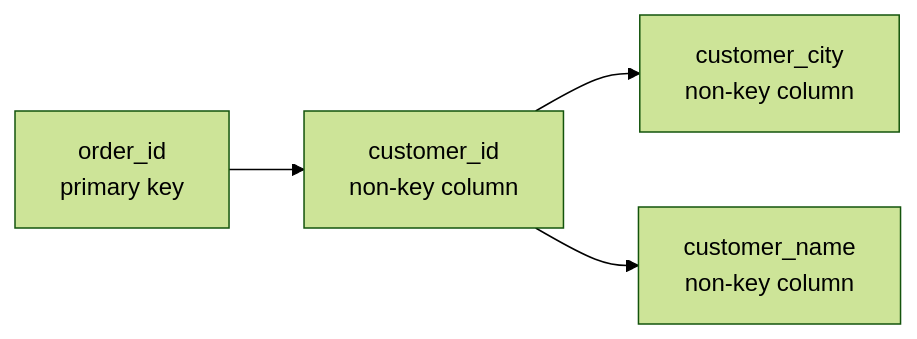
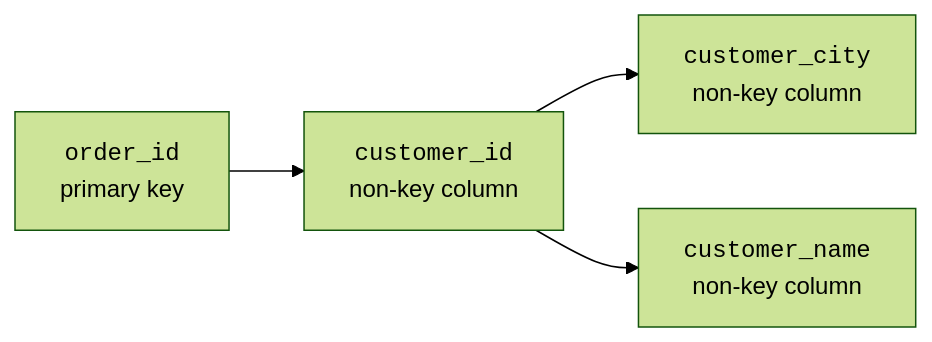
One commit to dataslope/dataslope changed the second of 6 diagrams in content/learn/database-design-postgresql/third-normal-form.mdx. Above: the diagram before and after it, drawn with Mermaid (forest theme). The commit also changed other lines of this file and 153 other files, not shown here.

First line of the commit message:
Render code-only mermaid shapes in monospace; convert step sequences to Steps

````diff
--- a/content/learn/database-design-postgresql/third-normal-form.mdx
+++ b/content/learn/database-design-postgresql/third-normal-form.mdx
@@ -32,6 +32,6 @@
 ```mermaid
 flowchart LR
-    K["order_id<br/>primary key"] --> C["customer_id<br/>non-key column"]
-    C --> City["customer_city<br/>non-key column"]
-    C --> Name["customer_name<br/>non-key column"]
+    K["<code>order_id</code><br/>primary key"] --> C["<code>customer_id</code><br/>non-key column"]
+    C --> City["<code>customer_city</code><br/>non-key column"]
+    C --> Name["<code>customer_name</code><br/>non-key column"]
 ```
````
